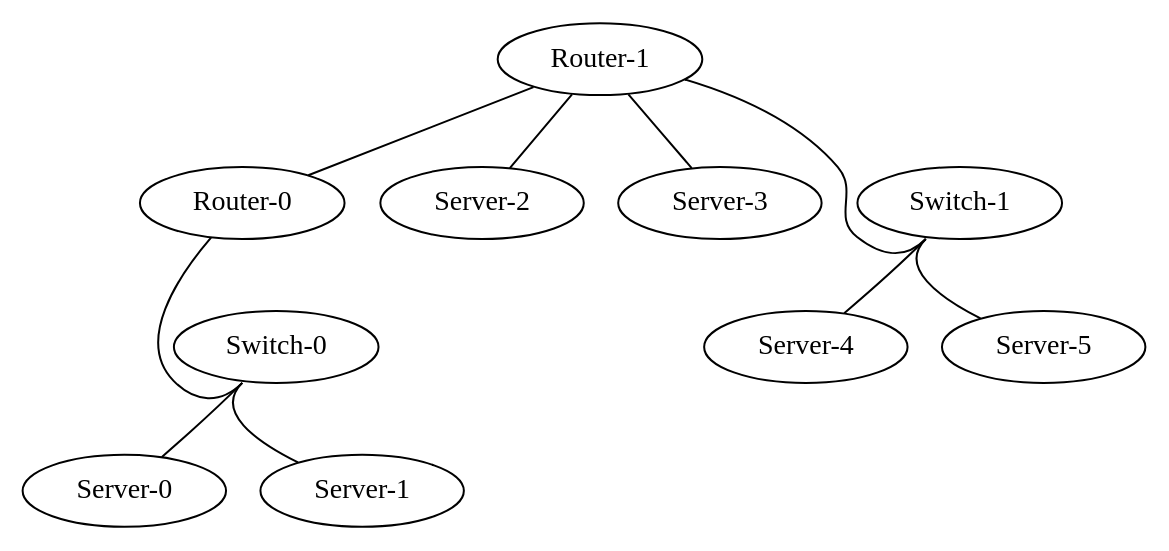
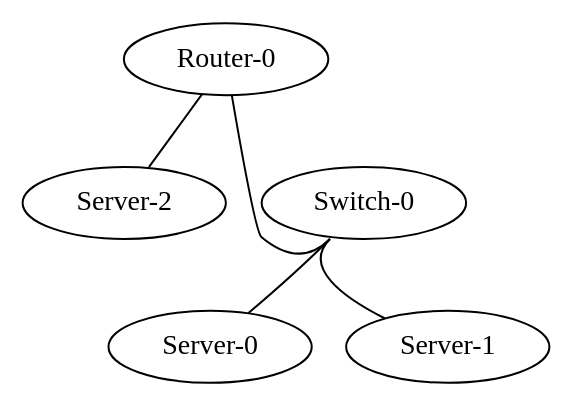
Before and after one commit to matferronato/TopologyGen: the diagram in TopologyGen/TopologyInfo/topology.dot, drawn with Graphviz. The commit also changed 120 other files, not shown here.

```diff
--- a/TopologyGen/TopologyInfo/topology.dot
+++ b/TopologyGen/TopologyInfo/topology.dot
@@ -1,21 +1,11 @@
 graph vx {
 "Router-0" [function="leaf" vagrant="eth1" os="hashicorp/bionic64" version="1.0.282" memory="500" config="./helper_scripts/config_production_switch.sh" ]
-"Router-1" [function="leaf" vagrant="eth1" os="hashicorp/bionic64" version="1.0.282" memory="500" config="./helper_scripts/config_production_switch.sh" ]
-"Server-0" [function="leaf" vagrant="eth1" os="hashicorp/bionic64" version="1.0.282" memory="500" config="./helper_scripts/config_production_switch.sh" ]
+"Server-0" [function="leaf" vagrant="eth1" os="centos/7" version="2004.01" memory="10000" config="./helper_scripts/config_production_switch.sh" ]
 "Server-1" [function="leaf" vagrant="eth1" os="hashicorp/bionic64" version="1.0.282" memory="500" config="./helper_scripts/config_production_switch.sh" ]
-"Server-2" [function="leaf" vagrant="eth1" os="hashicorp/bionic64" version="1.0.282" memory="500" config="./helper_scripts/config_production_switch.sh" ]
-"Server-3" [function="leaf" vagrant="eth1" os="hashicorp/bionic64" version="1.0.282" memory="500" config="./helper_scripts/config_production_switch.sh" ]
-"Server-4" [function="leaf" vagrant="eth1" os="hashicorp/bionic64" version="1.0.282" memory="500" config="./helper_scripts/config_production_switch.sh" ]
-"Server-5" [function="leaf" vagrant="eth1" os="hashicorp/bionic64" version="1.0.282" memory="500" config="./helper_scripts/config_production_switch.sh" ]
+"Server-2" [function="leaf" vagrant="eth1" os="exnav29/lxle" version="1.0.0" memory="2000" config="./helper_scripts/config_production_switch.sh" ]
 "Switch-0" [function="leaf" vagrant="eth1" os="hashicorp/bionic64" version="1.0.282" memory="500" config="./helper_scripts/config_production_switch.sh" ]
-"Switch-1" [function="leaf" vagrant="eth1" os="hashicorp/bionic64" version="1.0.282" memory="500" config="./helper_scripts/config_production_switch.sh" ]
-"Switch-1":"swp1" -- "Server-5":"eth50"
-"Switch-1":"swp2" -- "Server-4":"eth50"
-"Router-1":"eth1" -- "Server-2":"eth100"
-"Router-1":"eth2" -- "Server-3":"eth100"
-"Router-1":"eth50" -- "Switch-1":"swp100"
+"Router-0":"eth1" -- "Server-2":"eth100"
 "Router-0":"eth50" -- "Switch-0":"swp100"
 "Switch-0":"swp1" -- "Server-1":"eth50"
 "Switch-0":"swp2" -- "Server-0":"eth50"
-"Router-1":"eth100" -- "Router-0":"eth100"
 }
```
